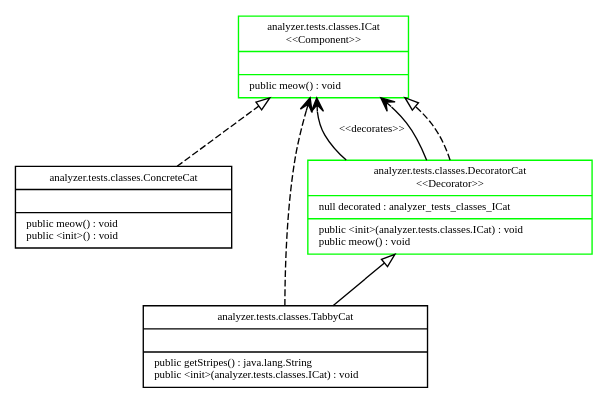
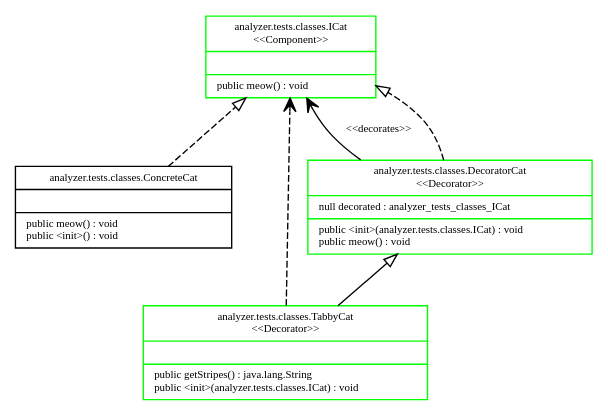
One commit to Whirligig231/asm-analyzer changed the diagram in AsmAnalyzer/docs/cat_deco.dot. Above: the diagram before and after it, drawn with Graphviz. The commit also changed 3 other files, not shown here.

```diff
--- a/AsmAnalyzer/docs/cat_deco.dot
+++ b/AsmAnalyzer/docs/cat_deco.dot
@@ -1,56 +1,51 @@
 digraph G {
 rankdir=BT;
 
 node [
 fontname = "Bitstream Vera Sans"
 fontsize = 8
 shape = "record"
 ]
 edge [
 fontname = "Bitstream Vera Sans"
 fontsize = 8
 ]
 analyzer_tests_classes_ConcreteCat [
 	label = "{analyzer.tests.classes.ConcreteCat||public meow() : void\lpublic \<init\>() : void\l}"
 ]
 analyzer_tests_classes_ICat [
 	label = "{analyzer.tests.classes.ICat\n\<\<Component\>\>||public meow() : void\l}"
 , color="#00ff00"]
 analyzer_tests_classes_DecoratorCat [
 	label = "{analyzer.tests.classes.DecoratorCat\n\<\<Decorator\>\>|null decorated : analyzer_tests_classes_ICat\l|public \<init\>(analyzer.tests.classes.ICat) : void\lpublic meow() : void\l}"
 , color="#00ff00"]
 analyzer_tests_classes_TabbyCat [
-	label = "{analyzer.tests.classes.TabbyCat||public getStripes() : java.lang.String\lpublic \<init\>(analyzer.tests.classes.ICat) : void\l}"
-]
-analyzer_tests_classes_DecoratorCat -> analyzer_tests_classes_ICat [
-	arrowhead = "vee"
-	style = "solid"
-	label = "\<\<decorates\>\>"
-]
-
+	label = "{analyzer.tests.classes.TabbyCat\n\<\<Decorator\>\>||public getStripes() : java.lang.String\lpublic \<init\>(analyzer.tests.classes.ICat) : void\l}"
+, color="#00ff00"]
 analyzer_tests_classes_ConcreteCat -> analyzer_tests_classes_ICat [
 	arrowhead = "empty"
 	style = "dashed"
 ]
 
+analyzer_tests_classes_TabbyCat -> analyzer_tests_classes_DecoratorCat [
+	arrowhead = "empty"
+	style = "solid"
+]
+
 analyzer_tests_classes_DecoratorCat -> analyzer_tests_classes_ICat [
 	arrowhead = "vee"
 	style = "solid"
-]
-
-analyzer_tests_classes_TabbyCat -> analyzer_tests_classes_DecoratorCat [
-	arrowhead = "empty"
-	style = "solid"
+	label = "\<\<decorates\>\>"
 ]
 
 analyzer_tests_classes_TabbyCat -> analyzer_tests_classes_ICat [
 	arrowhead = "vee"
 	style = "dashed"
 ]
 
 analyzer_tests_classes_DecoratorCat -> analyzer_tests_classes_ICat [
 	arrowhead = "empty"
 	style = "dashed"
 ]
 
 }
```
